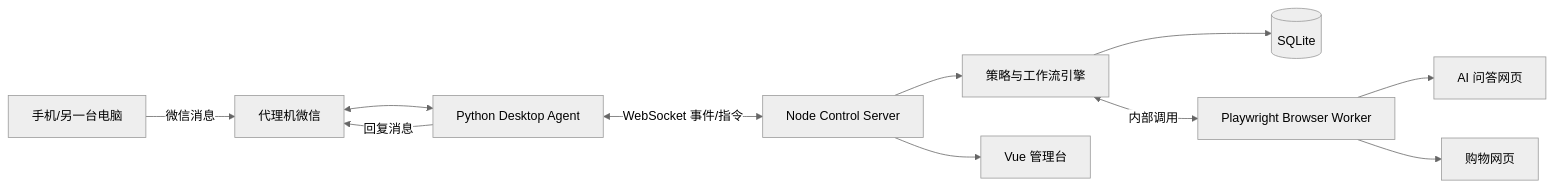
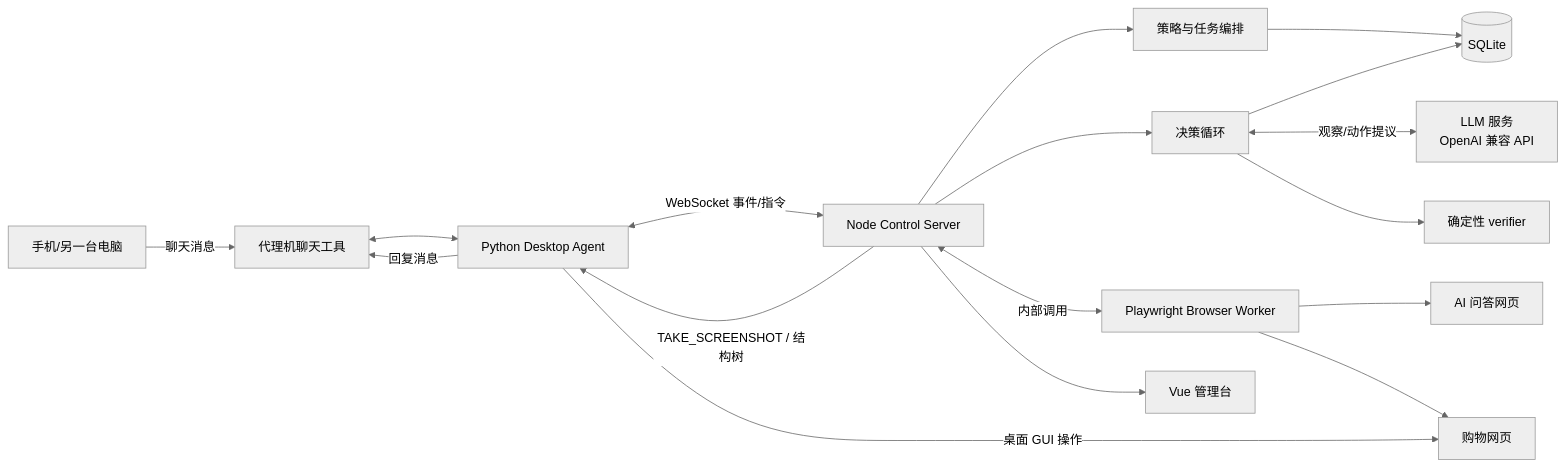
One commit to wanglijie050108/desktop-operator-simulator changed the first of 2 diagrams in docs/02-system-architecture.md. Above: the diagram before and after it, drawn with Mermaid (neutral theme). The commit also changed other lines of this file and 23 other files, not shown here.

````diff
--- a/docs/02-system-architecture.md
+++ b/docs/02-system-architecture.md
@@ -9,13 +10,19 @@
 ```mermaid
 flowchart LR
-    U[手机/另一台电脑] -->|微信消息| W[代理机微信]
+    U[手机/另一台电脑] -->|聊天消息| W[代理机聊天工具]
     W <--> A[Python Desktop Agent]
     A <-->|WebSocket 事件/指令| C[Node Control Server]
-    C --> P[策略与工作流引擎]
+    C --> P[策略与任务编排]
+    C --> L[决策循环]
+    L <-->|观察/动作提议| M[LLM 服务<br/>OpenAI 兼容 API]
+    L --> V[确定性 verifier]
     P --> D[(SQLite)]
-    P <-->|内部调用| B[Playwright Browser Worker]
+    L --> D
+    C -->|TAKE_SCREENSHOT / 结构树| A
+    C <-->|内部调用| B[Playwright Browser Worker]
     B --> AI[AI 问答网页]
     B --> S[购物网页]
-    C --> M[Vue 管理台]
+    A -->|桌面 GUI 操作| S
+    C --> T[Vue 管理台]
     A -->|回复消息| W
 ```
````
